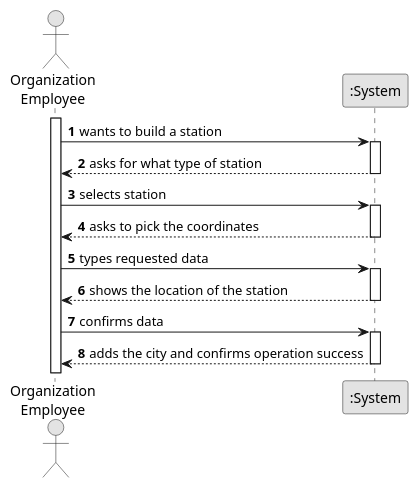
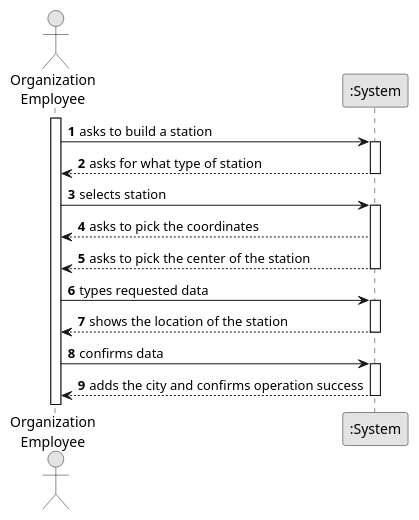
Before and after one commit to 1240826/empire-on-tracks: the diagram in docs/system-documentation/US005/01.requirements-engineering/puml/US005-SSD.puml, drawn with PlantUML. The commit also changed 3 other files, not shown here.

```diff
--- a/docs/system-documentation/US005/01.requirements-engineering/puml/US005-SSD.puml
+++ b/docs/system-documentation/US005/01.requirements-engineering/puml/US005-SSD.puml
@@ -1,36 +1,37 @@
 @startuml
 skinparam monochrome true
 skinparam packageStyle rectangle
 skinparam shadowing false
 
 autonumber
 
 actor "Organization\nEmployee" as Employee
 participant ":System" as System
 
 activate Employee
 
-    Employee -> System : wants to build a station
+    Employee -> System : asks to build a station
     activate System
 
         System --> Employee : asks for what type of station
     deactivate System
 
     Employee -> System : selects station
     activate System
 
         System --> Employee : asks to pick the coordinates
+        System --> Employee : asks to pick the center of the station
     deactivate System
 
     Employee -> System : types requested data
     activate System
 
         System --> Employee : shows the location of the station
     deactivate System
 
     Employee -> System : confirms data
     activate System
 
         System --> Employee : adds the city and confirms operation success
     deactivate System
 @enduml
```
